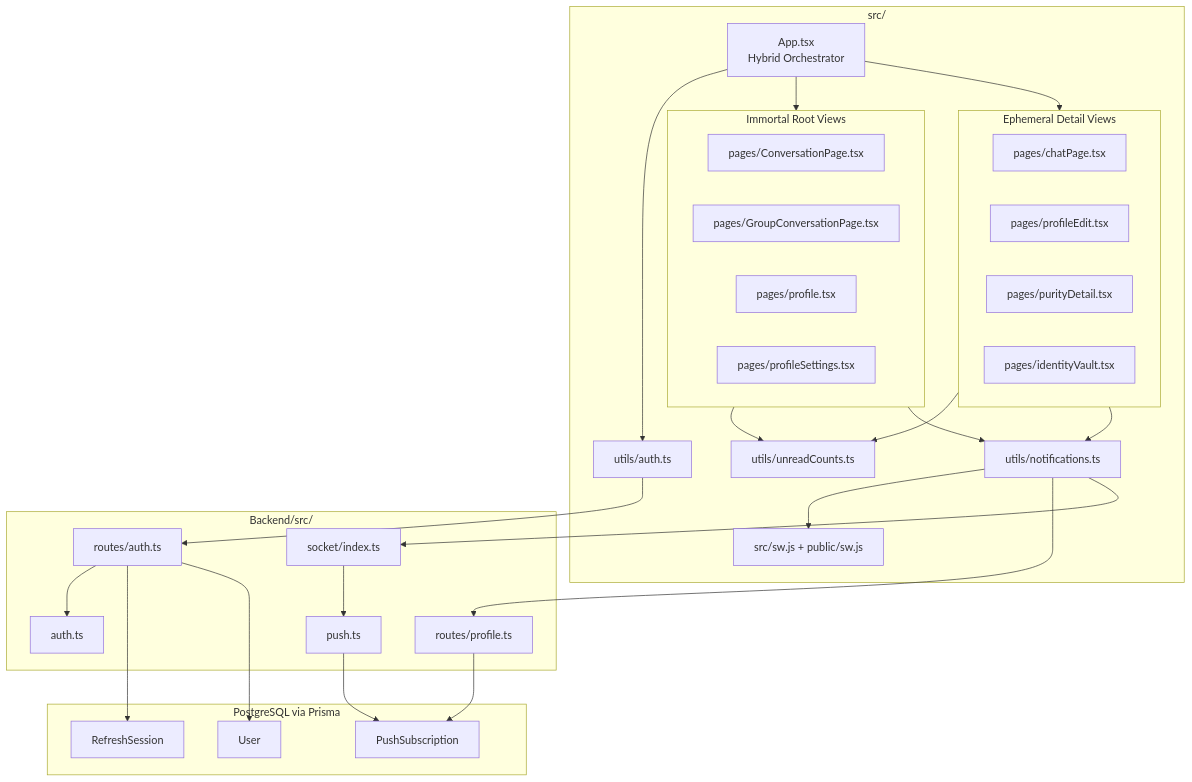
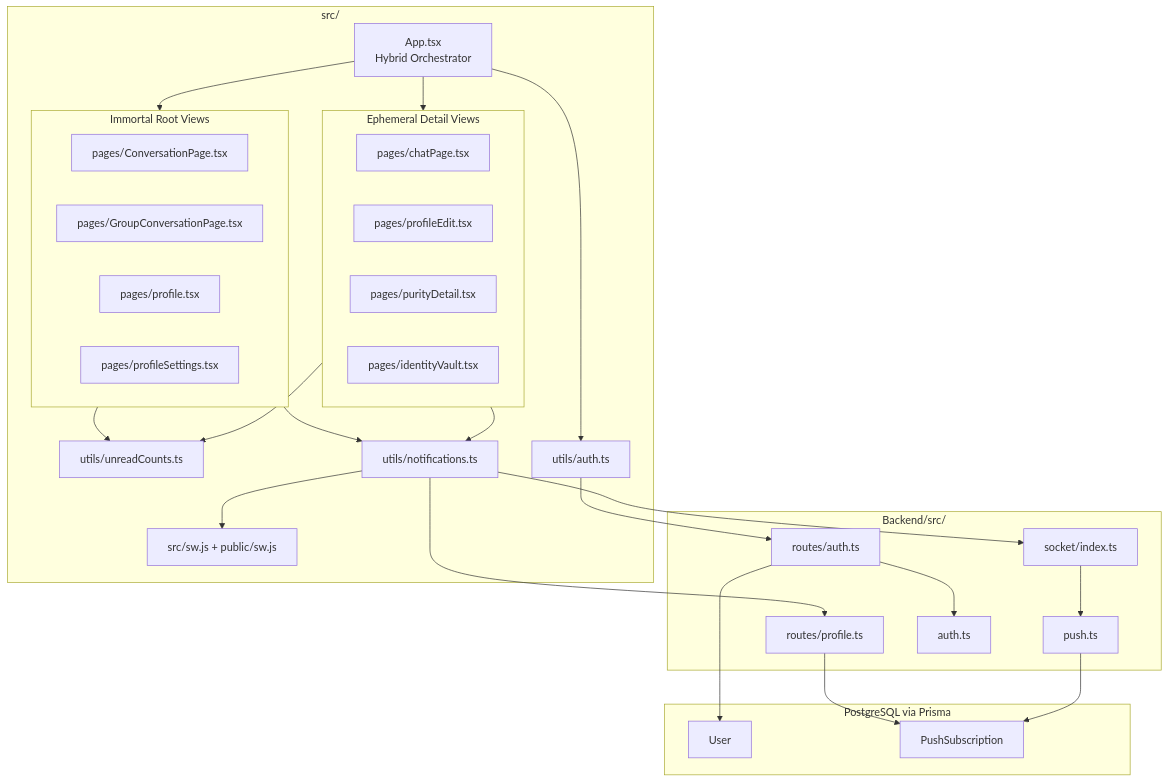
Before and after one commit to Jeff-zhang921/CleanChat: the third of 3 diagrams in README.md, drawn with Mermaid. The commit also changed other lines of this file and 12 other files, not shown here.

````diff
--- a/README.md
+++ b/README.md
@@ -187,58 +182,56 @@
 ```mermaid
 flowchart TB
   subgraph Frontend[src/]
     A[App.tsx\nHybrid Orchestrator]
 
     subgraph Immortal[Immortal Root Views]
       B1[pages/ConversationPage.tsx]
       B2[pages/GroupConversationPage.tsx]
       B3[pages/profile.tsx]
       B4[pages/profileSettings.tsx]
     end
 
     subgraph Ephemeral[Ephemeral Detail Views]
       C1[pages/chatPage.tsx]
       C2[pages/profileEdit.tsx]
       C3[pages/purityDetail.tsx]
       C4[pages/identityVault.tsx]
     end
 
     S1[utils/unreadCounts.ts]
     S2[utils/notifications.ts]
     S3[utils/auth.ts]
     SW[src/sw.js + public/sw.js]
 
     A --> Immortal
     A --> Ephemeral
     Immortal --> S1
     Ephemeral --> S1
     Immortal --> S2
     Ephemeral --> S2
     A --> S3
     S2 --> SW
   end
 
   subgraph Backend[Backend/src/]
     R1[routes/auth.ts]
     R2[routes/profile.ts]
     R3[socket/index.ts]
     P1[push.ts]
     AU[auth.ts]
   end
 
   subgraph DB[PostgreSQL via Prisma]
     D1[User]
-    D2[RefreshSession]
-    D3[PushSubscription]
+    D2[PushSubscription]
   end
 
   S3 --> R1
   S2 --> R2
   S2 --> R3
   R1 --> AU
-  R1 --> D2
-  R2 --> D3
+  R2 --> D2
   R3 --> P1
-  P1 --> D3
+  P1 --> D2
   R1 --> D1
 ```
````
